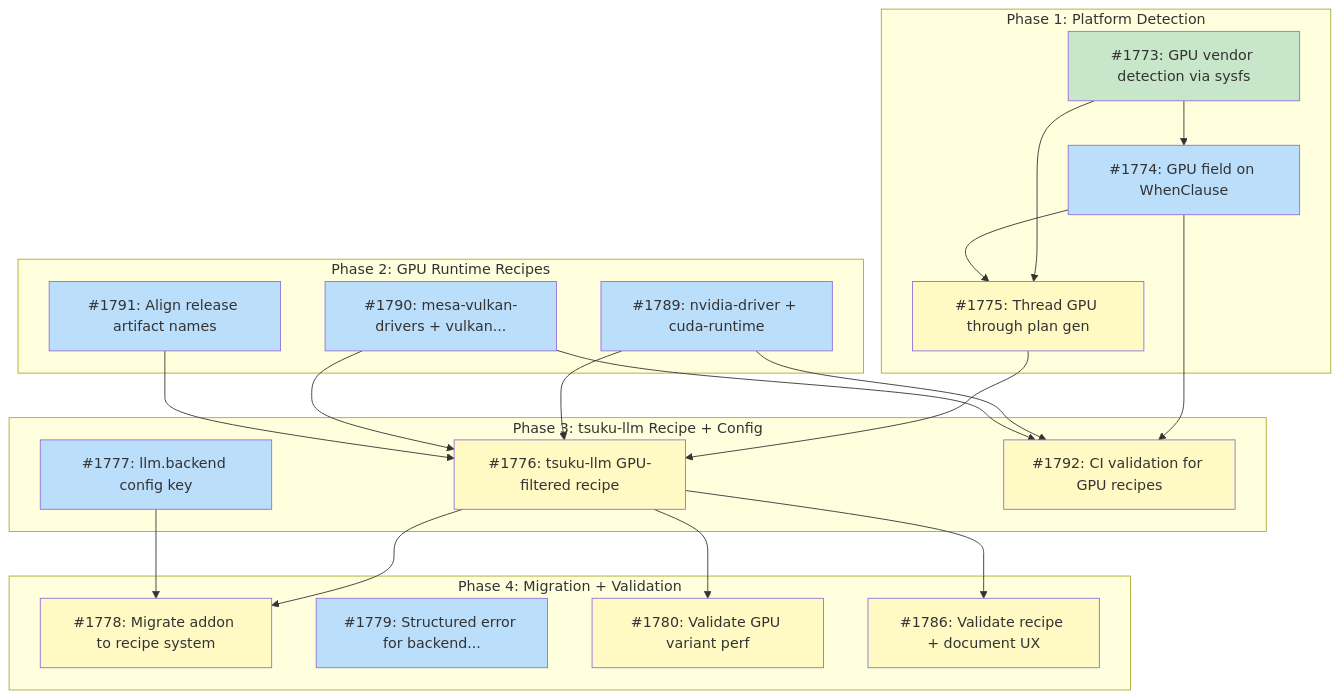
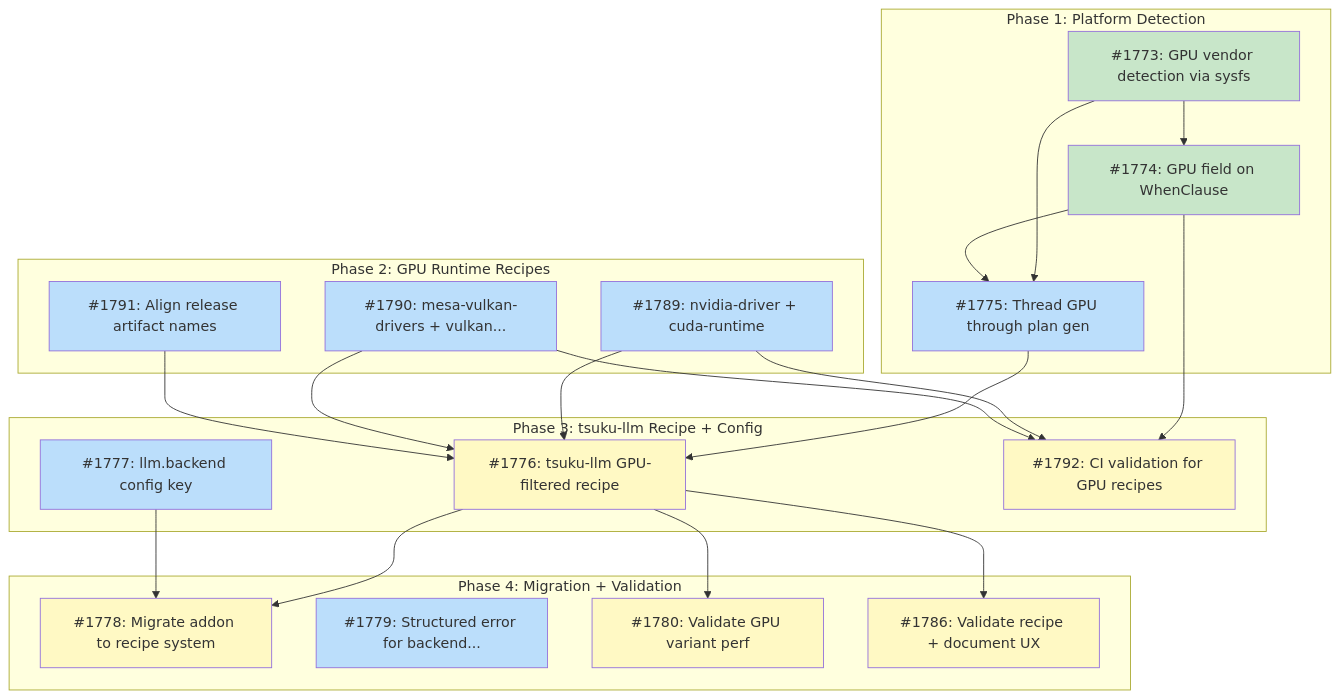
Before and after one commit to tsukumogami/tsuku: the diagram in docs/designs/DESIGN-gpu-backend-selection.md, drawn with Mermaid. The commit also changed other lines of this file and 5 other files, not shown here.

````diff
--- a/docs/designs/DESIGN-gpu-backend-selection.md
+++ b/docs/designs/DESIGN-gpu-backend-selection.md
@@ -72,52 +72,52 @@
 ```mermaid
 graph TD
     subgraph Phase1["Phase 1: Platform Detection"]
         I1773["#1773: GPU vendor detection via sysfs"]
         I1774["#1774: GPU field on WhenClause"]
         I1775["#1775: Thread GPU through plan gen"]
     end
 
     subgraph Phase2["Phase 2: GPU Runtime Recipes"]
         I1789["#1789: nvidia-driver + cuda-runtime"]
         I1790["#1790: mesa-vulkan-drivers + vulkan..."]
         I1791["#1791: Align release artifact names"]
     end
 
     subgraph Phase3["Phase 3: tsuku-llm Recipe + Config"]
         I1776["#1776: tsuku-llm GPU-filtered recipe"]
         I1777["#1777: llm.backend config key"]
         I1792["#1792: CI validation for GPU recipes"]
     end
 
     subgraph Phase4["Phase 4: Migration + Validation"]
         I1778["#1778: Migrate addon to recipe system"]
         I1779["#1779: Structured error for backend..."]
         I1780["#1780: Validate GPU variant perf"]
         I1786["#1786: Validate recipe + document UX"]
     end
 
     I1773 --> I1774
     I1773 --> I1775
     I1774 --> I1775
     I1774 --> I1792
     I1789 --> I1792
     I1790 --> I1792
     I1775 --> I1776
     I1789 --> I1776
     I1790 --> I1776
     I1791 --> I1776
     I1776 --> I1778
     I1777 --> I1778
     I1776 --> I1780
     I1776 --> I1786
 
     classDef done fill:#c8e6c9
     classDef ready fill:#bbdefb
     classDef blocked fill:#fff9c4
     classDef needsDesign fill:#e1bee7
     classDef tracksDesign fill:#FFE0B2,stroke:#F57C00,color:#000
 
-    class I1773 done
-    class I1774,I1777,I1779,I1789,I1790,I1791 ready
-    class I1775,I1776,I1778,I1780,I1786,I1792 blocked
+    class I1773,I1774 done
+    class I1775,I1777,I1779,I1789,I1790,I1791 ready
+    class I1776,I1778,I1780,I1786,I1792 blocked
 ```
````
